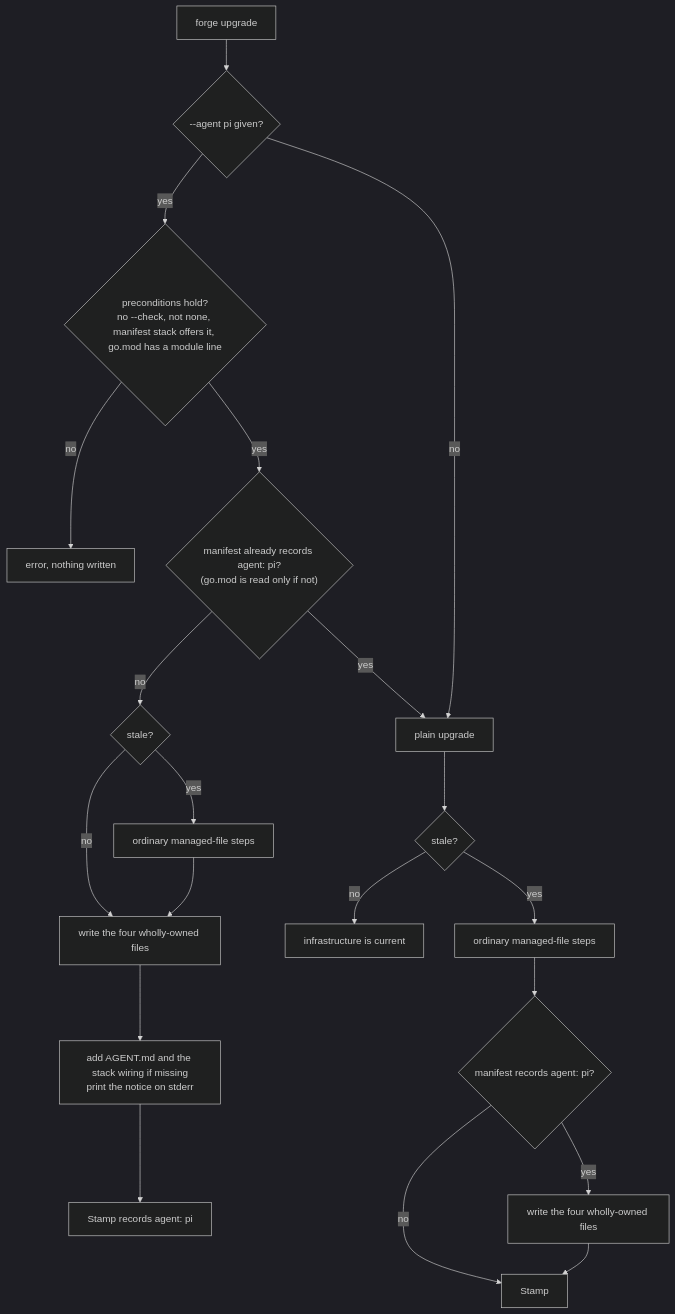
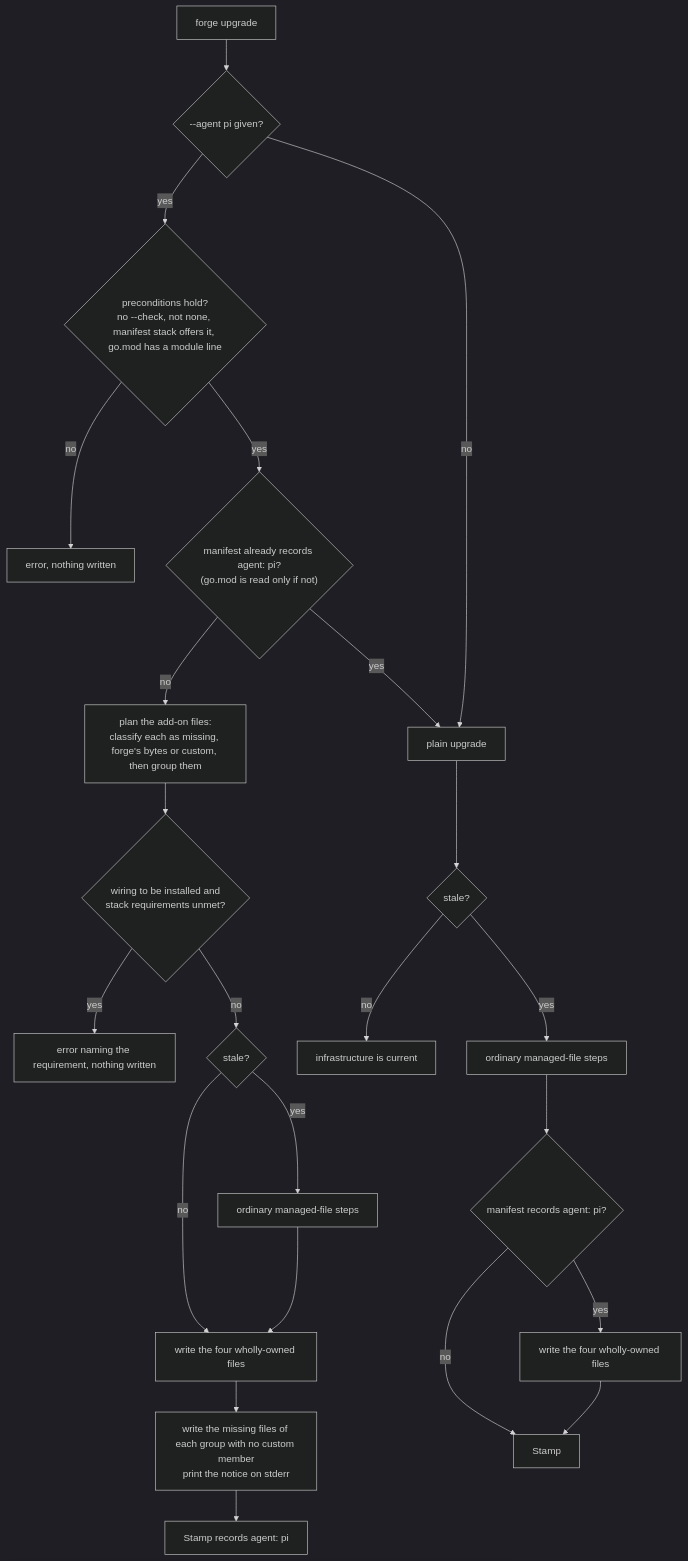
Before and after one commit to AvogadroSG1/forge: the diagram in docs/adr/0028-upgrade-delivers-agent-addon.md, drawn with Mermaid (dark theme). The commit also changed other lines of this file and 8 other files, not shown here.

````diff
--- a/docs/adr/0028-upgrade-delivers-agent-addon.md
+++ b/docs/adr/0028-upgrade-delivers-agent-addon.md
@@ -18,22 +18,25 @@
 ```mermaid
 flowchart TD
     S["forge upgrade"] --> F{"--agent pi given?"}
     F -->|"yes"| P{"preconditions hold?<br/>no --check, not none, manifest stack offers it, go.mod has a module line"}
     P -->|"no"| E["error, nothing written"]
     P -->|"yes"| R{"manifest already records agent: pi?<br/>(go.mod is read only if not)"}
     R -->|"yes"| PL["plain upgrade"]
-    R -->|"no"| ST{"stale?"}
+    R -->|"no"| PF["plan the add-on files:<br/>classify each as missing, forge's bytes or custom, then group them"]
+    PF --> Q{"wiring to be installed and<br/>stack requirements unmet?"}
+    Q -->|"yes"| E2["error naming the requirement, nothing written"]
+    Q -->|"no"| ST{"stale?"}
     F -->|"no"| PL
     ST -->|"yes"| M["ordinary managed-file steps"]
     ST -->|"no"| O
     M --> O["write the four wholly-owned files"]
-    O --> W["add AGENT.md and the stack wiring if missing<br/>print the notice on stderr"]
+    O --> W["write the missing files of each group with no custom member<br/>print the notice on stderr"]
     W --> Z["Stamp records agent: pi"]
     PL --> PS{"stale?"}
     PS -->|"no"| C["infrastructure is current"]
     PS -->|"yes"| PM["ordinary managed-file steps"]
     PM --> PA{"manifest records agent: pi?"}
     PA -->|"yes"| PO["write the four wholly-owned files"]
     PA -->|"no"| PZ["Stamp"]
     PO --> PZ
 ```
````
